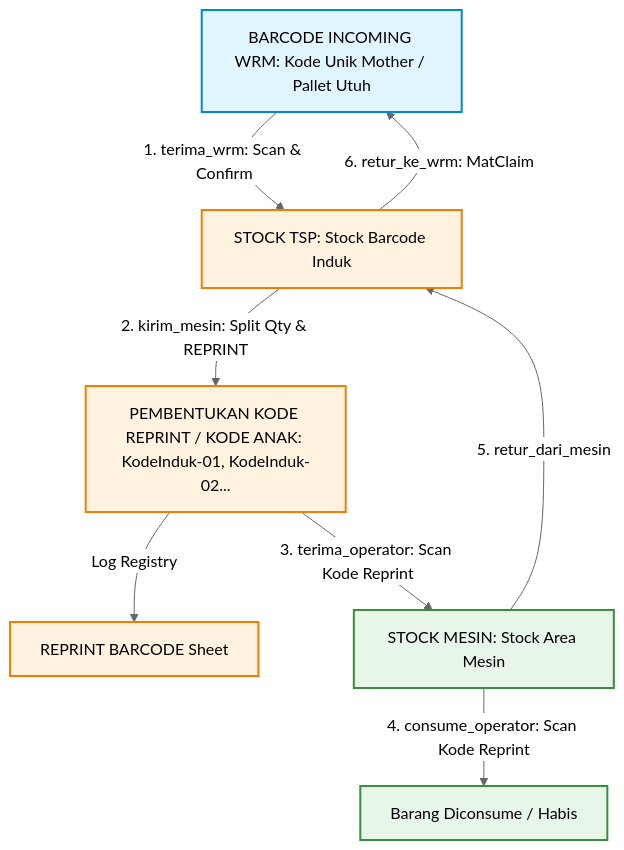
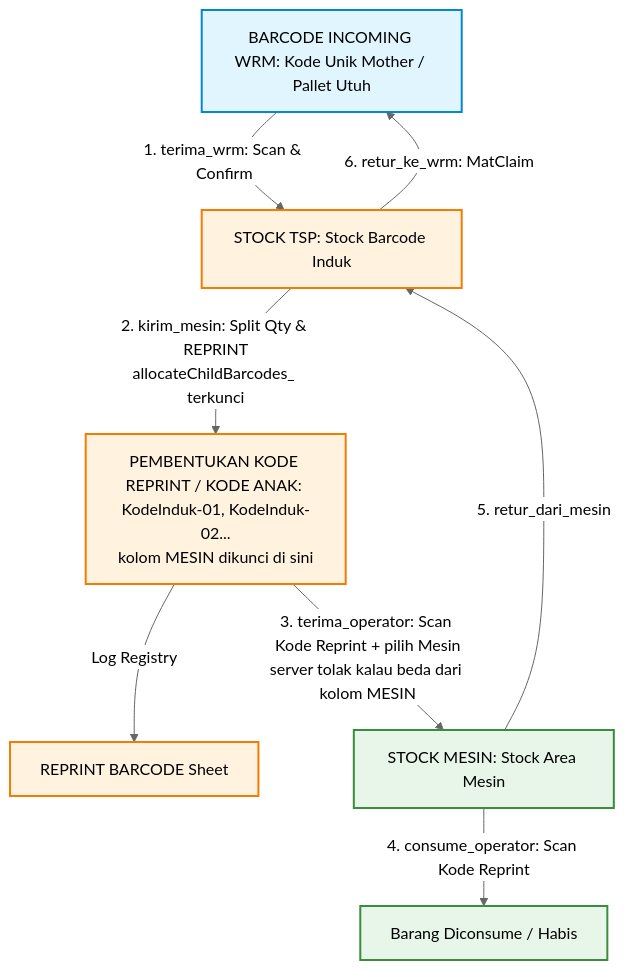
Before and after one commit to imannurchaedi-max/TSP: the diagram in dokumentasi/state_machine.mmd, drawn with Mermaid (neutral theme). The commit also changed 9 other files, not shown here.

```diff
--- a/dokumentasi/state_machine.mmd
+++ b/dokumentasi/state_machine.mmd
@@ -1,12 +1,12 @@
 graph TD
     classDef wrm fill:#e1f5fe,stroke:#0288d1,stroke-width:2px;
     classDef tsp fill:#fff3e0,stroke:#f57c00,stroke-width:2px;
     classDef operator fill:#e8f5e9,stroke:#388e3c,stroke-width:2px;
 
     WRM[BARCODE INCOMING WRM: Kode Unik Mother / Pallet Utuh]:::wrm -->|1. terima_wrm: Scan & Confirm| StockTSP[STOCK TSP: Stock Barcode Induk]:::tsp
-    StockTSP -->|2. kirim_mesin: Split Qty & REPRINT| ReprintGen[PEMBENTUKAN KODE REPRINT / KODE ANAK: KodeInduk-01, KodeInduk-02...]:::tsp
+    StockTSP -->|2. kirim_mesin: Split Qty & REPRINT<br/>allocateChildBarcodes_ terkunci| ReprintGen[PEMBENTUKAN KODE REPRINT / KODE ANAK: KodeInduk-01, KodeInduk-02...<br/>kolom MESIN dikunci di sini]:::tsp
     ReprintGen -->|Log Registry| ReprintSheet[REPRINT BARCODE Sheet]:::tsp
-    ReprintGen -->|3. terima_operator: Scan Kode Reprint| OperatorStock[STOCK MESIN: Stock Area Mesin]:::operator
+    ReprintGen -->|3. terima_operator: Scan Kode Reprint + pilih Mesin<br/>server tolak kalau beda dari kolom MESIN| OperatorStock[STOCK MESIN: Stock Area Mesin]:::operator
     OperatorStock -->|4. consume_operator: Scan Kode Reprint| Consumed[Barang Diconsume / Habis]:::operator
     OperatorStock -->|5. retur_dari_mesin| StockTSP
     StockTSP -->|6. retur_ke_wrm: MatClaim| WRM
```
